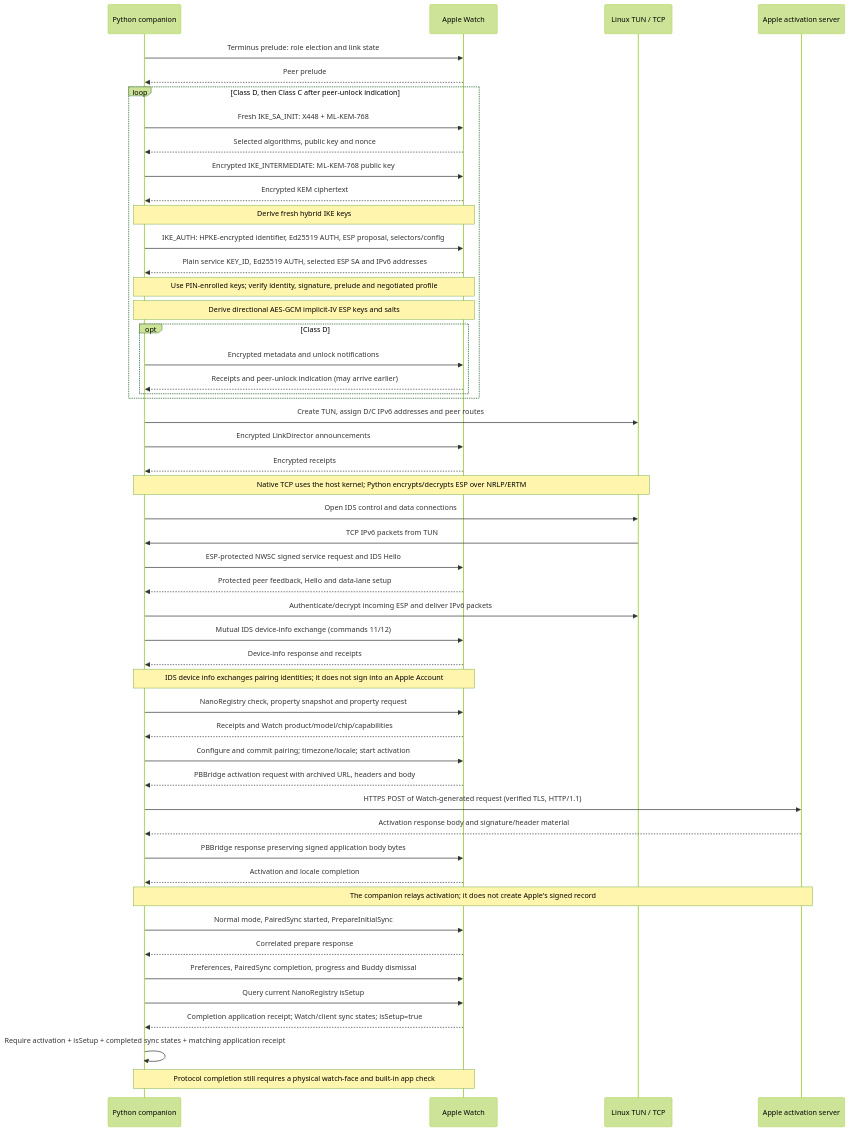
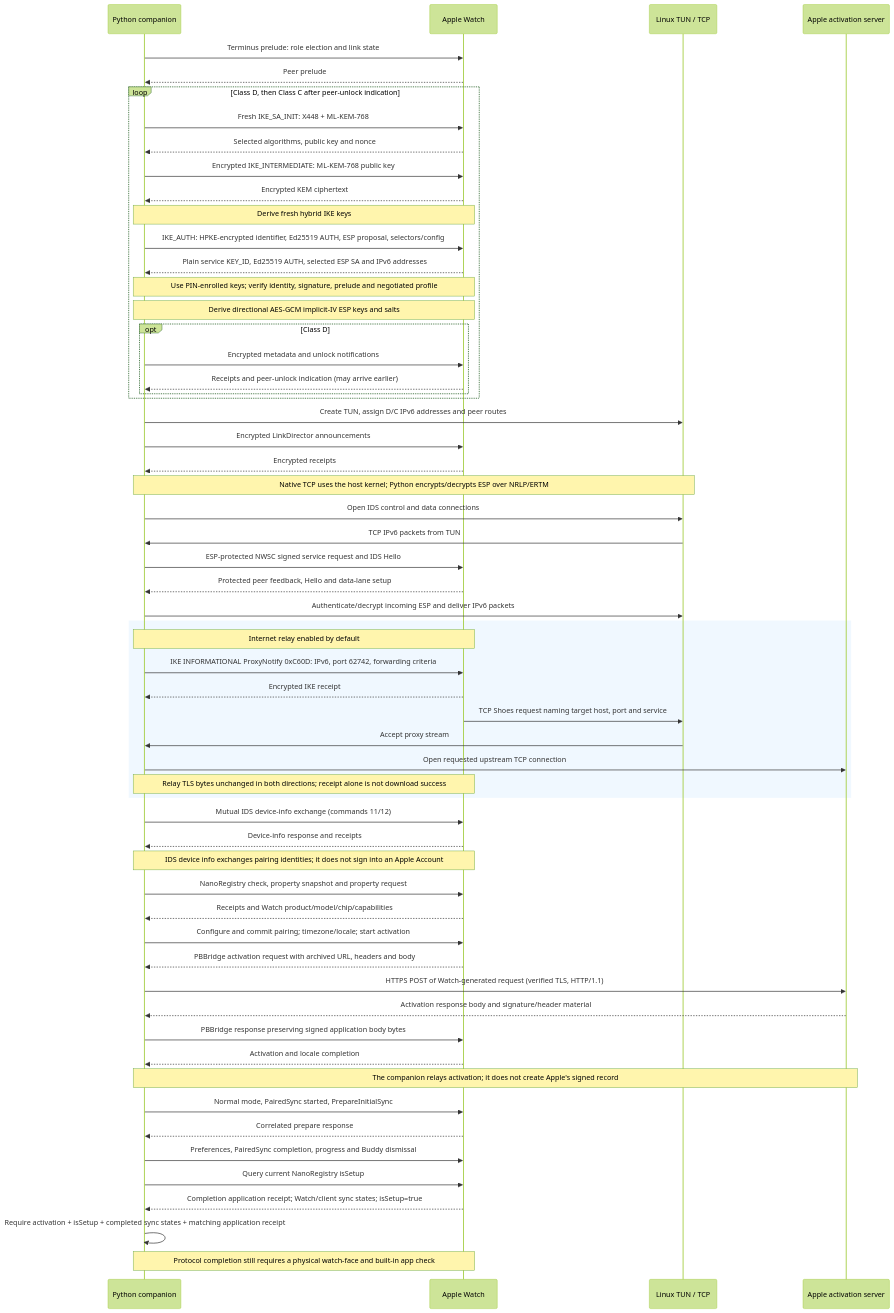
Before and after one commit to sacca97/osaw: the second of 2 diagrams in docs/protocol-overview.md, drawn with Mermaid (forest theme). The commit also changed other lines of this file and 11 other files, not shown here.

Commit message:
Added internet relay to automatically setup applications and working updates

````diff
--- a/docs/protocol-overview.md
+++ b/docs/protocol-overview.md
@@ -89,56 +89,65 @@
 ```mermaid
 sequenceDiagram
     participant C as Python companion
     participant W as Apple Watch
     participant K as Linux TUN / TCP
     participant A as Apple activation server
 
     C->>W: Terminus prelude: role election and link state
     W-->>C: Peer prelude
     loop Class D, then Class C after peer-unlock indication
         C->>W: Fresh IKE_SA_INIT: X448 + ML-KEM-768
         W-->>C: Selected algorithms, public key and nonce
         C->>W: Encrypted IKE_INTERMEDIATE: ML-KEM-768 public key
         W-->>C: Encrypted KEM ciphertext
         Note over C,W: Derive fresh hybrid IKE keys
         C->>W: IKE_AUTH: HPKE-encrypted identifier, Ed25519 AUTH, ESP proposal, selectors/config
         W-->>C: Plain service KEY_ID, Ed25519 AUTH, selected ESP SA and IPv6 addresses
         Note over C,W: Use PIN-enrolled keys#59; verify identity, signature, prelude and negotiated profile
         Note over C,W: Derive directional AES-GCM implicit-IV ESP keys and salts
         opt Class D
             C->>W: Encrypted metadata and unlock notifications
             W-->>C: Receipts and peer-unlock indication (may arrive earlier)
         end
     end
     C->>K: Create TUN, assign D/C IPv6 addresses and peer routes
     C->>W: Encrypted LinkDirector announcements
     W-->>C: Encrypted receipts
 
     Note over C,K: Native TCP uses the host kernel#59; Python encrypts/decrypts ESP over NRLP/ERTM
     C->>K: Open IDS control and data connections
     K->>C: TCP IPv6 packets from TUN
     C->>W: ESP-protected NWSC signed service request and IDS Hello
     W-->>C: Protected peer feedback, Hello and data-lane setup
     C->>K: Authenticate/decrypt incoming ESP and deliver IPv6 packets
+    rect rgb(240, 248, 255)
+    Note over C,W: Internet relay enabled by default
+        C->>W: IKE INFORMATIONAL ProxyNotify 0xC60D: IPv6, port 62742, forwarding criteria
+        W-->>C: Encrypted IKE receipt
+        W->>K: TCP Shoes request naming target host, port and service
+        K->>C: Accept proxy stream
+        C->>A: Open requested upstream TCP connection
+        Note over C,W: Relay TLS bytes unchanged in both directions#59; receipt alone is not download success
+    end
     C->>W: Mutual IDS device-info exchange (commands 11/12)
     W-->>C: Device-info response and receipts
     Note over C,W: IDS device info exchanges pairing identities#59; it does not sign into an Apple Account
 
     C->>W: NanoRegistry check, property snapshot and property request
     W-->>C: Receipts and Watch product/model/chip/capabilities
     C->>W: Configure and commit pairing#59; timezone/locale#59; start activation
     W-->>C: PBBridge activation request with archived URL, headers and body
     C->>A: HTTPS POST of Watch-generated request (verified TLS, HTTP/1.1)
     A-->>C: Activation response body and signature/header material
     C->>W: PBBridge response preserving signed application body bytes
     W-->>C: Activation and locale completion
     Note over C,A: The companion relays activation#59; it does not create Apple's signed record
 
     C->>W: Normal mode, PairedSync started, PrepareInitialSync
     W-->>C: Correlated prepare response
     C->>W: Preferences, PairedSync completion, progress and Buddy dismissal
     C->>W: Query current NanoRegistry isSetup
     W-->>C: Completion application receipt#59; Watch/client sync states#59; isSetup=true
     C->>C: Require activation + isSetup + completed sync states + matching application receipt
     Note over C,W: Protocol completion still requires a physical watch-face and built-in app check
 ```
````
